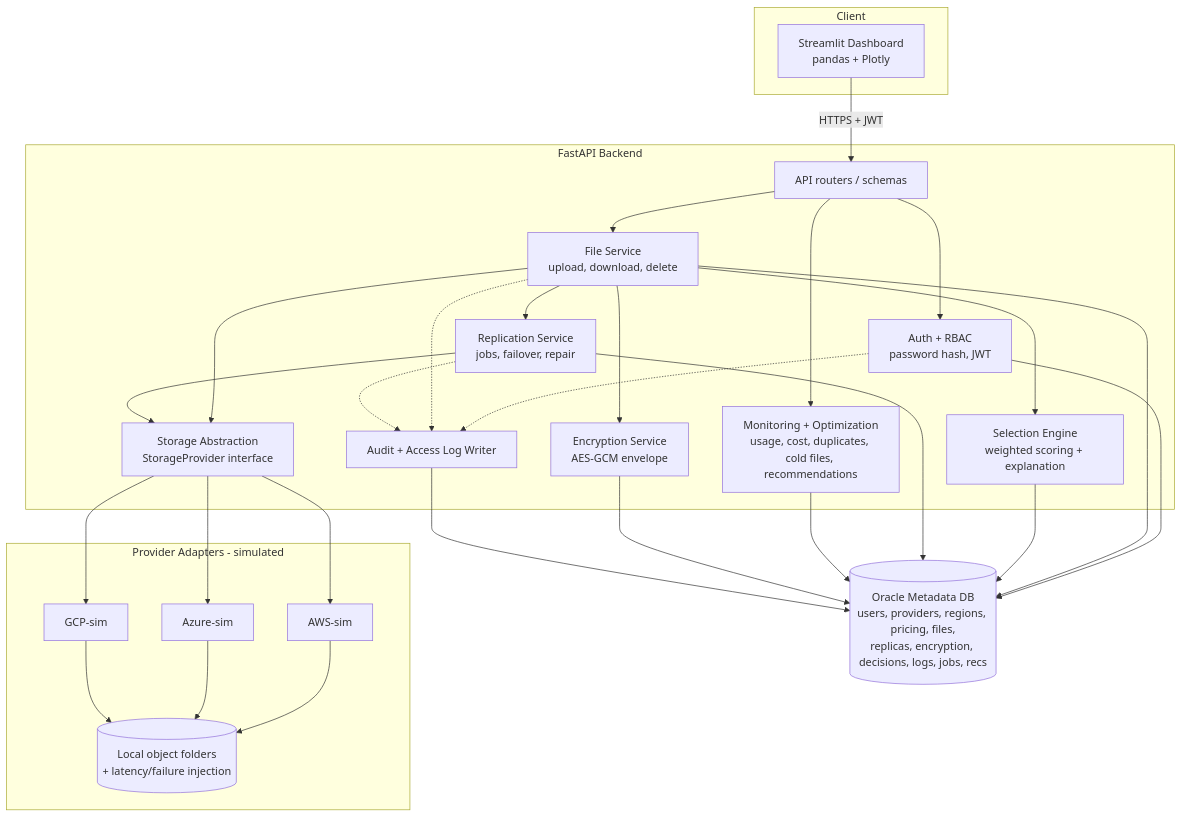
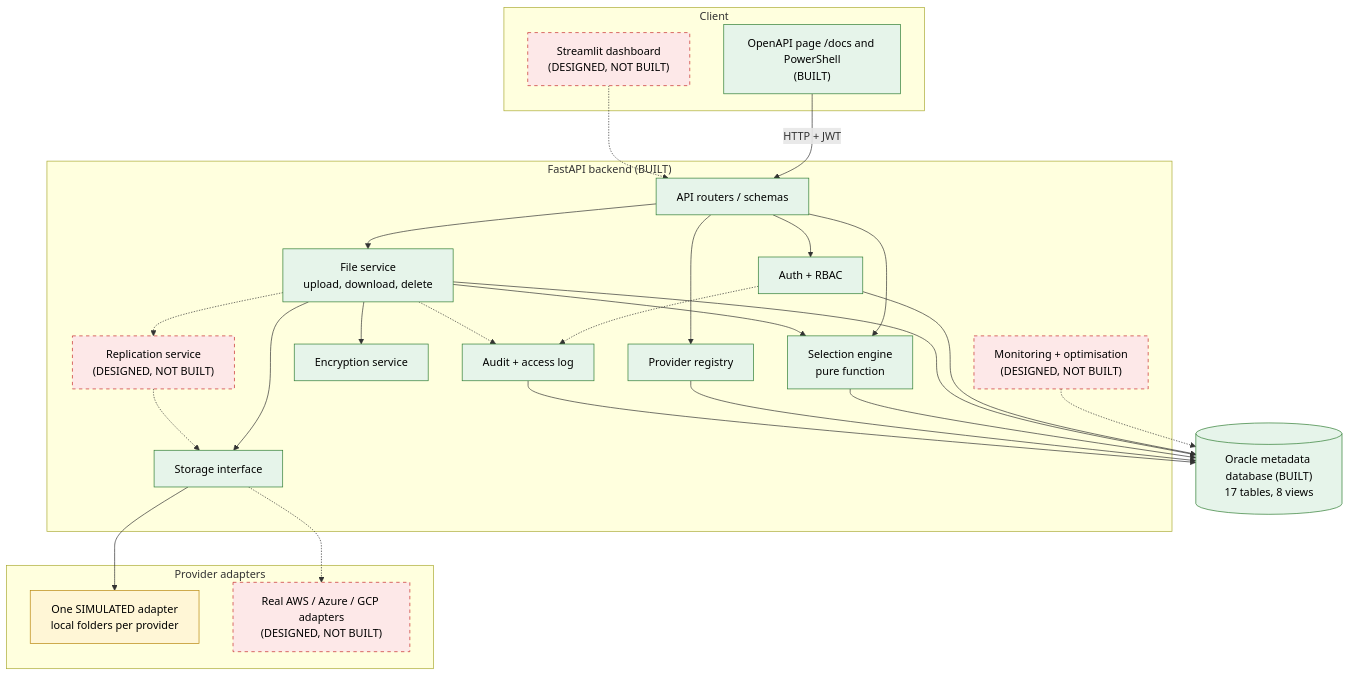
One commit to ChandhreshAKA/cloud-metadata-management changed the first of 2 diagrams in docs/00-design.md. Above: the diagram before and after it, drawn with Mermaid. The commit also changed other lines of this file and 24 other files, not shown here.

````diff
--- a/docs/00-design.md
+++ b/docs/00-design.md
@@ -60,49 +75,53 @@
 ```mermaid
 flowchart TB
     subgraph Client
-        UI[Streamlit Dashboard<br/>pandas + Plotly]
+        UI["Streamlit dashboard<br/>(DESIGNED, NOT BUILT)"]
+        DOCS["OpenAPI page /docs and PowerShell<br/>(BUILT)"]
     end
+    subgraph Backend["FastAPI backend (BUILT)"]
+        API[API routers / schemas]
+        AUTH[Auth + RBAC]
+        FS[File service<br/>upload, download, delete]
+        SEL[Selection engine<br/>pure function]
+        REG[Provider registry]
+        STG[Storage interface]
+        ENC[Encryption service]
+        AUD[Audit + access log]
+        REP["Replication service<br/>(DESIGNED, NOT BUILT)"]
+        MON["Monitoring + optimisation<br/>(DESIGNED, NOT BUILT)"]
+    end
+    subgraph Providers["Provider adapters"]
+        SIMA["One SIMULATED adapter<br/>local folders per provider"]
+        REAL["Real AWS / Azure / GCP adapters<br/>(DESIGNED, NOT BUILT)"]
+    end
+    DB[("Oracle metadata database (BUILT)<br/>17 tables, 8 views")]
 
-    subgraph Backend[FastAPI Backend]
-        API[API routers / schemas]
-        AUTH[Auth + RBAC<br/>password hash, JWT]
-        FS[File Service<br/>upload, download, delete]
-        SEL[Selection Engine<br/>weighted scoring + explanation]
-        STG[Storage Abstraction<br/>StorageProvider interface]
-        ENC[Encryption Service<br/>AES-GCM envelope]
-        REP[Replication Service<br/>jobs, failover, repair]
-        MON[Monitoring + Optimization<br/>usage, cost, duplicates, cold files, recommendations]
-        AUD[Audit + Access Log Writer]
-    end
-
-    subgraph Adapters[Provider Adapters - simulated]
-        A1[AWS-sim]
-        A2[Azure-sim]
-        A3[GCP-sim]
-        FSX[(Local object folders<br/>+ latency/failure injection)]
-    end
-
-    DB[(Oracle Metadata DB<br/>users, providers, regions, pricing, files,<br/>replicas, encryption, decisions, logs, jobs, recs)]
-
-    UI -->|HTTPS + JWT| API
+    DOCS -->|HTTP + JWT| API
+    UI -.-> API
     API --> AUTH
     API --> FS
-    API --> MON
+    API --> REG
+    API --> SEL
     FS --> SEL
     FS --> ENC
     FS --> STG
-    FS --> REP
-    REP --> STG
-    STG --> A1 & A2 & A3
-    A1 & A2 & A3 --> FSX
+    STG --> SIMA
+    STG -.-> REAL
+    FS -.-> REP
+    REP -.-> STG
+    MON -.-> DB
     AUTH --> DB
     FS --> DB
     SEL --> DB
-    REP --> DB
-    MON --> DB
-    ENC --> DB
+    REG --> DB
     AUTH -.-> AUD
     FS -.-> AUD
-    REP -.-> AUD
     AUD --> DB
+
+    classDef notbuilt fill:#fde8e8,stroke:#c62828,stroke-dasharray:5 5,color:#000
+    classDef simulated fill:#fff6d6,stroke:#b8860b,color:#000
+    classDef built fill:#e6f4ea,stroke:#2e7d32,color:#000
+    class UI,REP,MON,REAL notbuilt
+    class SIMA simulated
+    class DOCS,API,AUTH,FS,SEL,REG,STG,ENC,AUD,DB built
 ```
````
